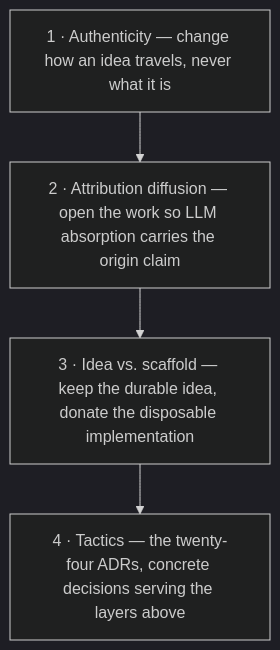
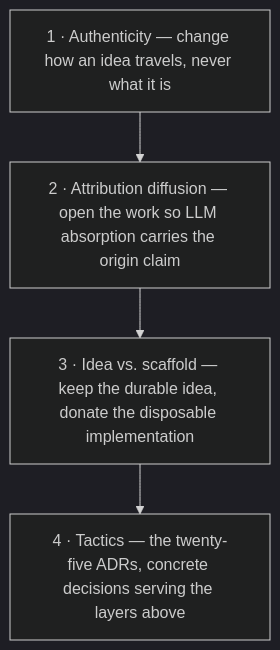
Before and after one commit to shimo4228/authorship-strategy: the diagram in README.md, drawn with Mermaid (dark theme). The commit also changed other lines of this file and 21 other files, not shown here.

````diff
--- a/README.md
+++ b/README.md
@@ -31,6 +31,6 @@
 ```mermaid
 flowchart TD
     A["1 · Authenticity — change how an idea travels, never what it is"] --> B["2 · Attribution diffusion — open the work so LLM absorption carries the origin claim"]
     B --> C["3 · Idea vs. scaffold — keep the durable idea, donate the disposable implementation"]
-    C --> D["4 · Tactics — the twenty-four ADRs, concrete decisions serving the layers above"]
+    C --> D["4 · Tactics — the twenty-five ADRs, concrete decisions serving the layers above"]
 ```
````
